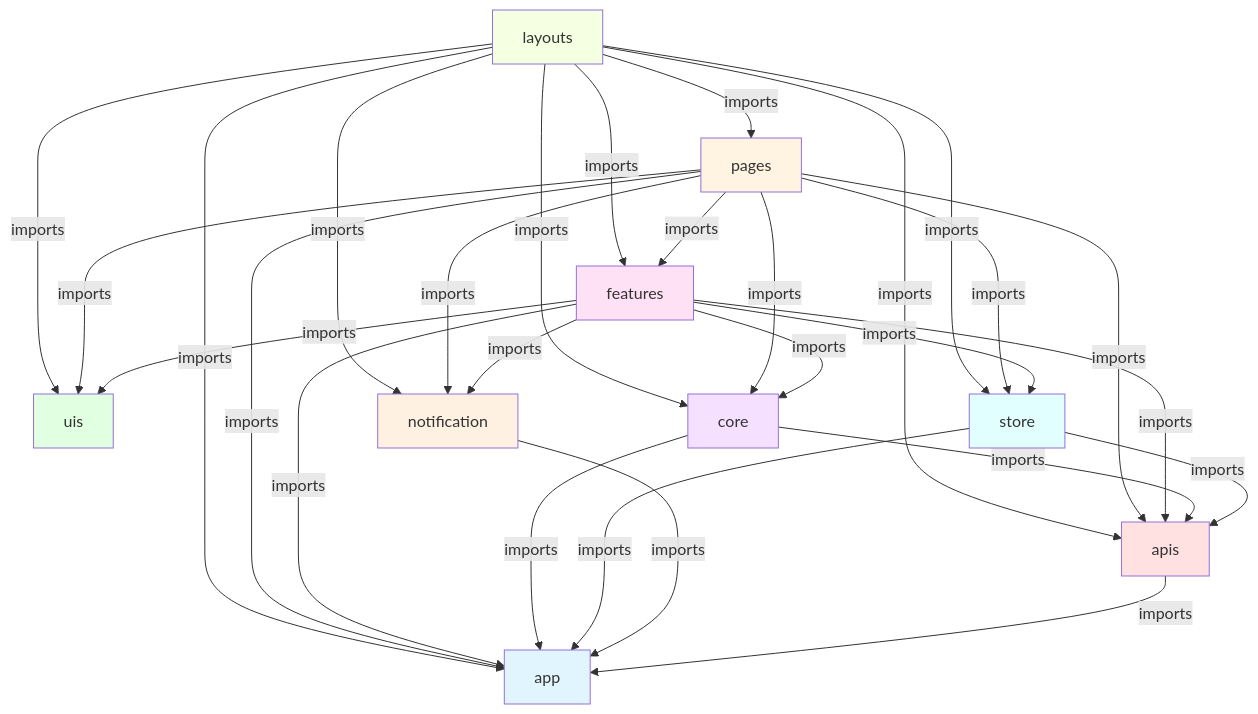
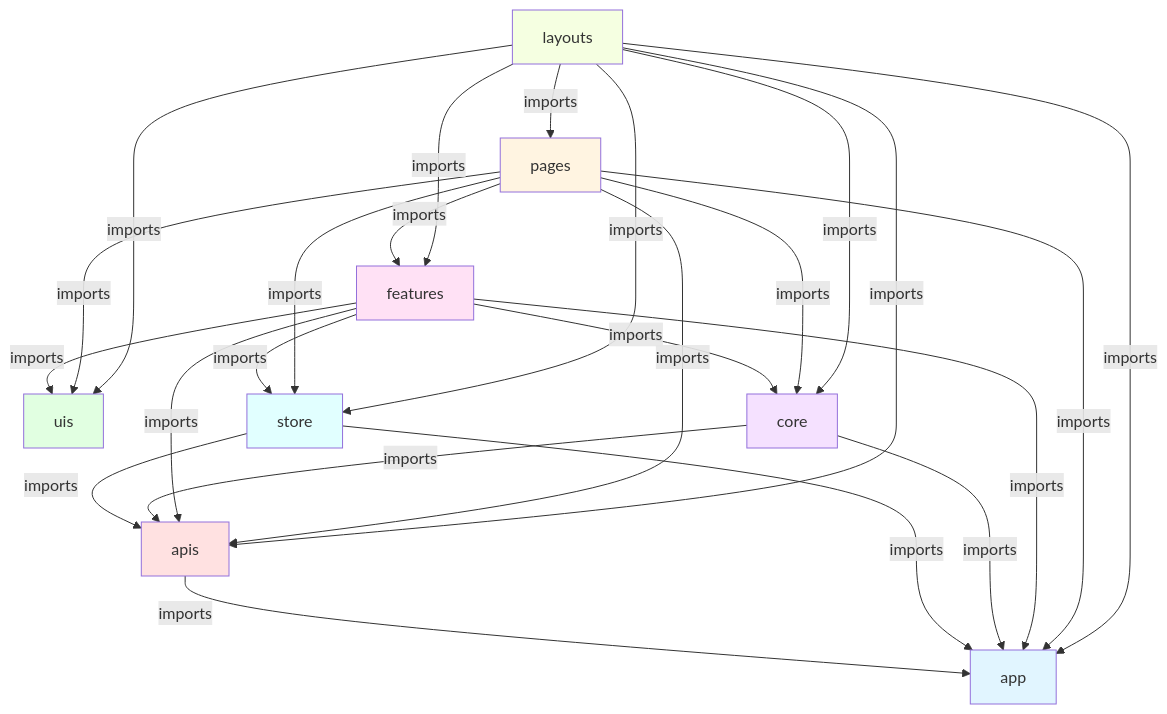
One commit to simpscal/notism-web changed the diagram in docs/rules/architecture.md. Above: the diagram before and after it, drawn with Mermaid. The commit also changed other lines of this file and 16 other files, not shown here.

````diff
--- a/docs/rules/architecture.md
+++ b/docs/rules/architecture.md
@@ -41,56 +39,49 @@
 ```mermaid
 graph TD
     Layouts[layouts]
     Pages[pages]
     Features[features]
     Uis[uis]
     Core[core]
     Store[store]
-    Notification[notification]
     APIs[apis]
     App[app]
 
     Layouts -->|imports| Pages
     Layouts -->|imports| Features
     Layouts -->|imports| Uis
     Layouts -->|imports| Core
     Layouts -->|imports| Store
-    Layouts -->|imports| Notification
     Layouts -->|imports| APIs
     Layouts -->|imports| App
 
     Pages -->|imports| Features
     Pages -->|imports| Uis
     Pages -->|imports| Core
     Pages -->|imports| Store
-    Pages -->|imports| Notification
     Pages -->|imports| APIs
     Pages -->|imports| App
 
     Features -->|imports| Uis
     Features -->|imports| Core
     Features -->|imports| Store
-    Features -->|imports| Notification
     Features -->|imports| APIs
     Features -->|imports| App
 
     Core -->|imports| APIs
     Core -->|imports| App
 
     Store -->|imports| APIs
     Store -->|imports| App
 
-    Notification -->|imports| App
-
     APIs -->|imports| App
 
     style Layouts fill:#f5ffe1
     style Pages fill:#fff4e1
     style Features fill:#ffe1f5
     style Uis fill:#e1ffe1
     style Core fill:#f5e1ff
     style Store fill:#e1ffff
-    style Notification fill:#fff1e1
     style APIs fill:#ffe1e1
     style App fill:#e1f5ff
 ```
````
